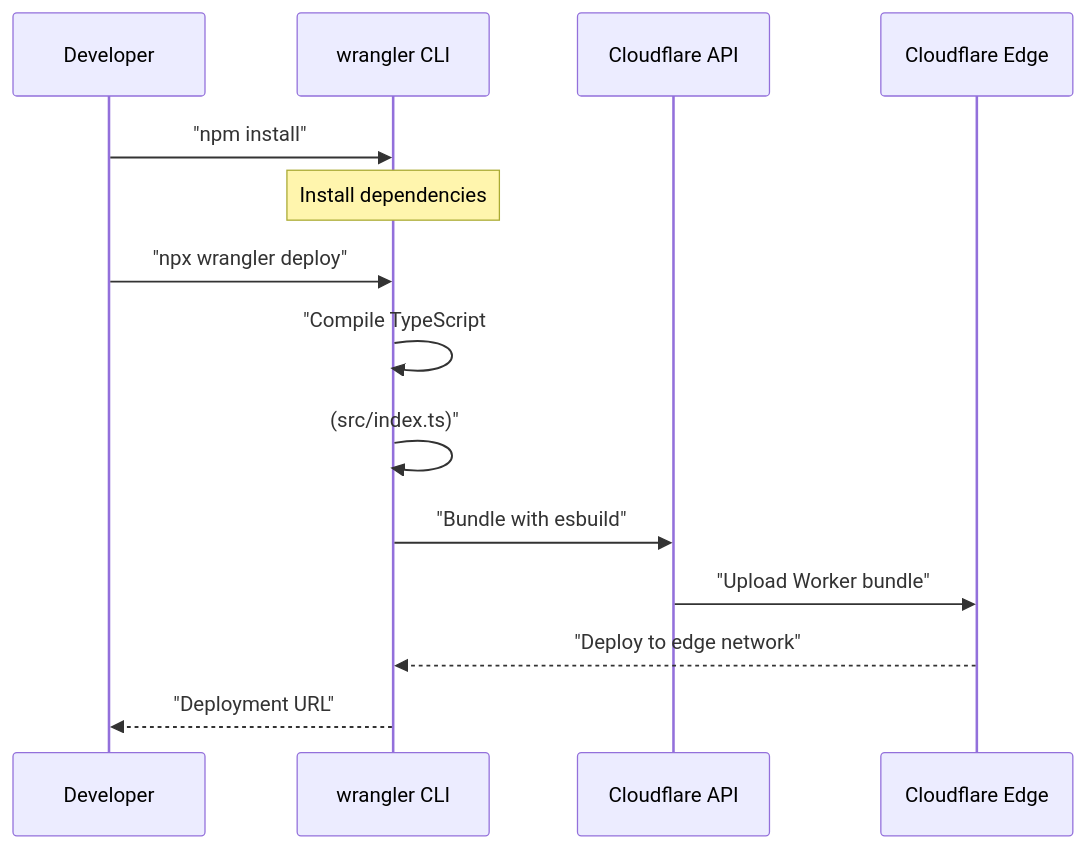
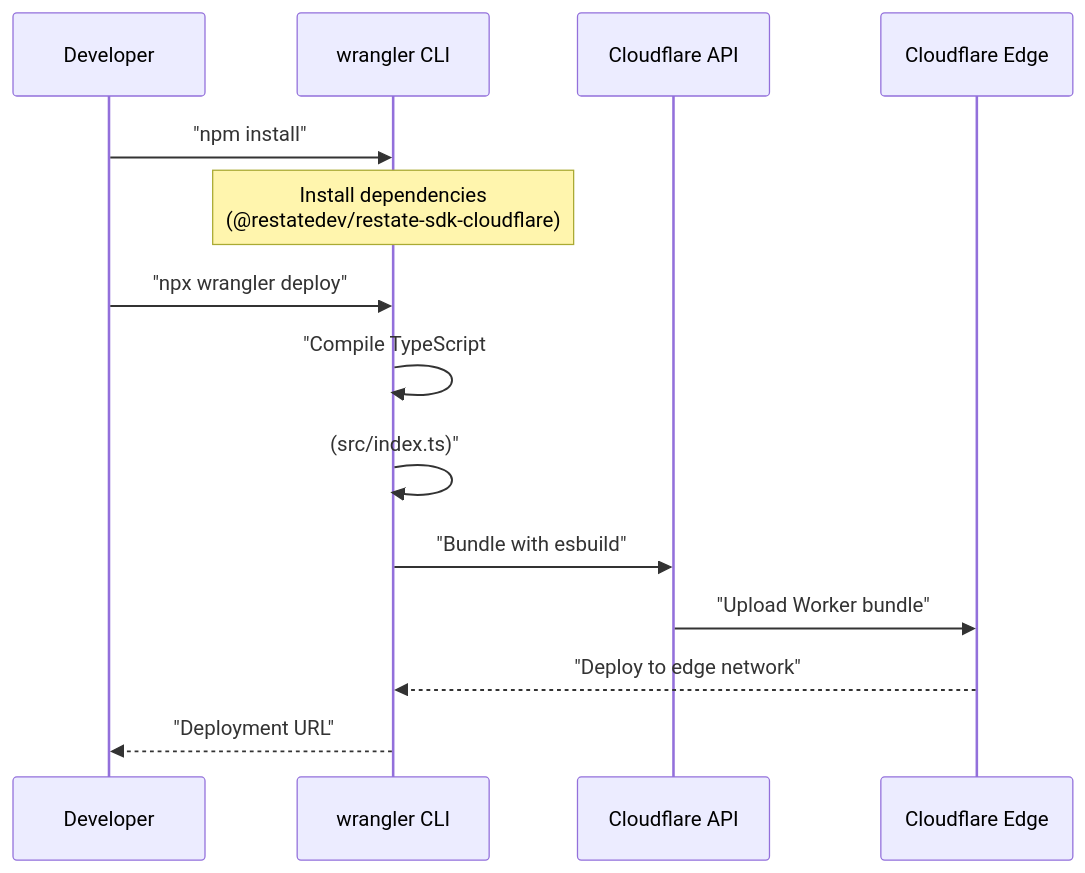
One commit to philipz/restate-cloudflare-workers-poc changed the second of 6 diagrams in docs/deepwiki/Cloud-Deployment.md. Above: the diagram before and after it, drawn with Mermaid. The commit also changed other lines of this file and 27 other files, not shown here.

````diff
--- a/docs/deepwiki/Cloud-Deployment.md
+++ b/docs/deepwiki/Cloud-Deployment.md
@@ -99,17 +99,17 @@
 ```mermaid
 sequenceDiagram
   participant Developer
   participant wrangler CLI
   participant Cloudflare API
   participant Cloudflare Edge
 
   Developer->>wrangler CLI: "npm install"
-  note over wrangler CLI: Install dependencies
+  note over wrangler CLI: Install dependencies<br/>(@restatedev/restate-sdk-cloudflare)
   Developer->>wrangler CLI: "npx wrangler deploy"
   wrangler CLI->>wrangler CLI: "Compile TypeScript
   wrangler CLI->>wrangler CLI: (src/index.ts)"
   wrangler CLI->>Cloudflare API: "Bundle with esbuild"
   Cloudflare API->>Cloudflare Edge: "Upload Worker bundle"
   Cloudflare Edge-->>wrangler CLI: "Deploy to edge network"
   wrangler CLI-->>Developer: "Deployment URL"
 ```
````
